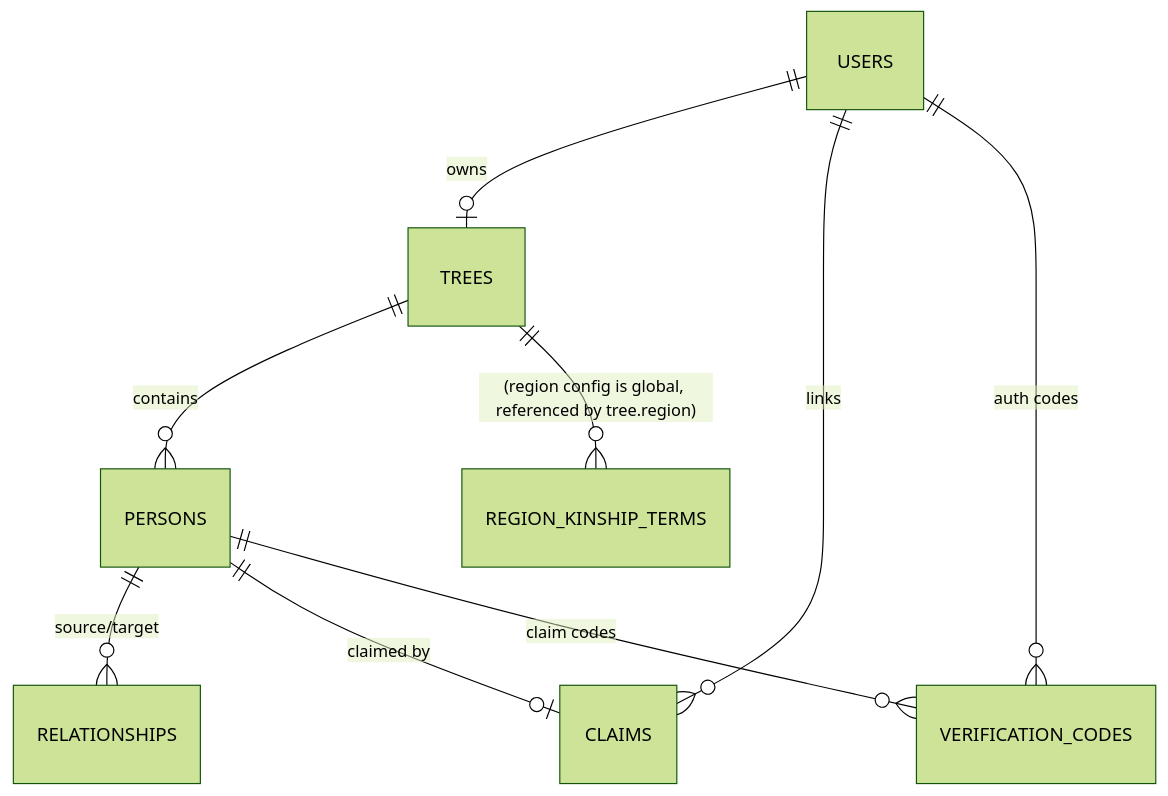
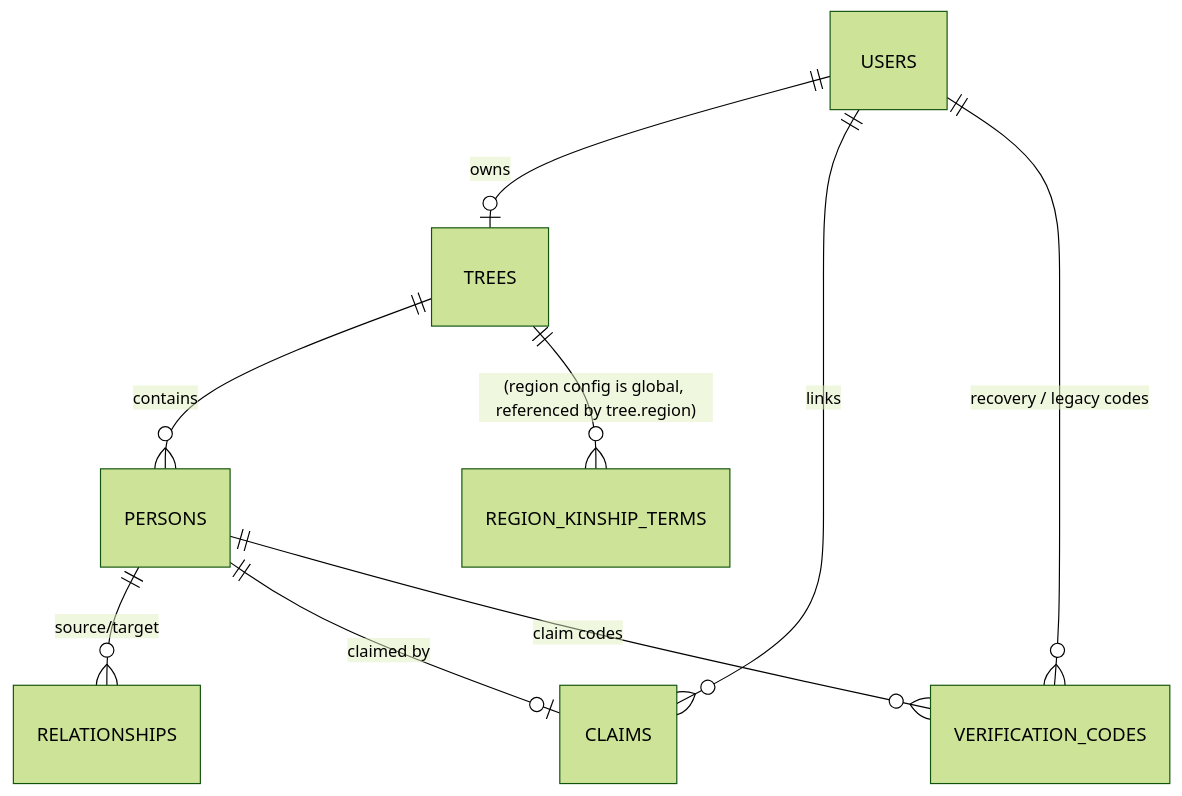
One commit to longhang2004/CayGiaPha changed the second of 3 diagrams in .kiro/specs/vietnamese-family-tree/design.md. Above: the diagram before and after it, drawn with Mermaid (forest theme). The commit also changed other lines of this file and 10 other files, not shown here.

````diff
--- a/.kiro/specs/vietnamese-family-tree/design.md
+++ b/.kiro/specs/vietnamese-family-tree/design.md
@@ -226,11 +224,11 @@
 ```mermaid
 erDiagram
     USERS ||--o| TREES : owns
     TREES ||--o{ PERSONS : contains
     PERSONS ||--o{ RELATIONSHIPS : "source/target"
     USERS ||--o{ CLAIMS : links
     PERSONS ||--o| CLAIMS : "claimed by"
     TREES ||--o{ REGION_KINSHIP_TERMS : "(region config is global, referenced by tree.region)"
-    USERS ||--o{ VERIFICATION_CODES : "auth codes"
+    USERS ||--o{ VERIFICATION_CODES : "recovery / legacy codes"
     PERSONS ||--o{ VERIFICATION_CODES : "claim codes"
 ```
````
